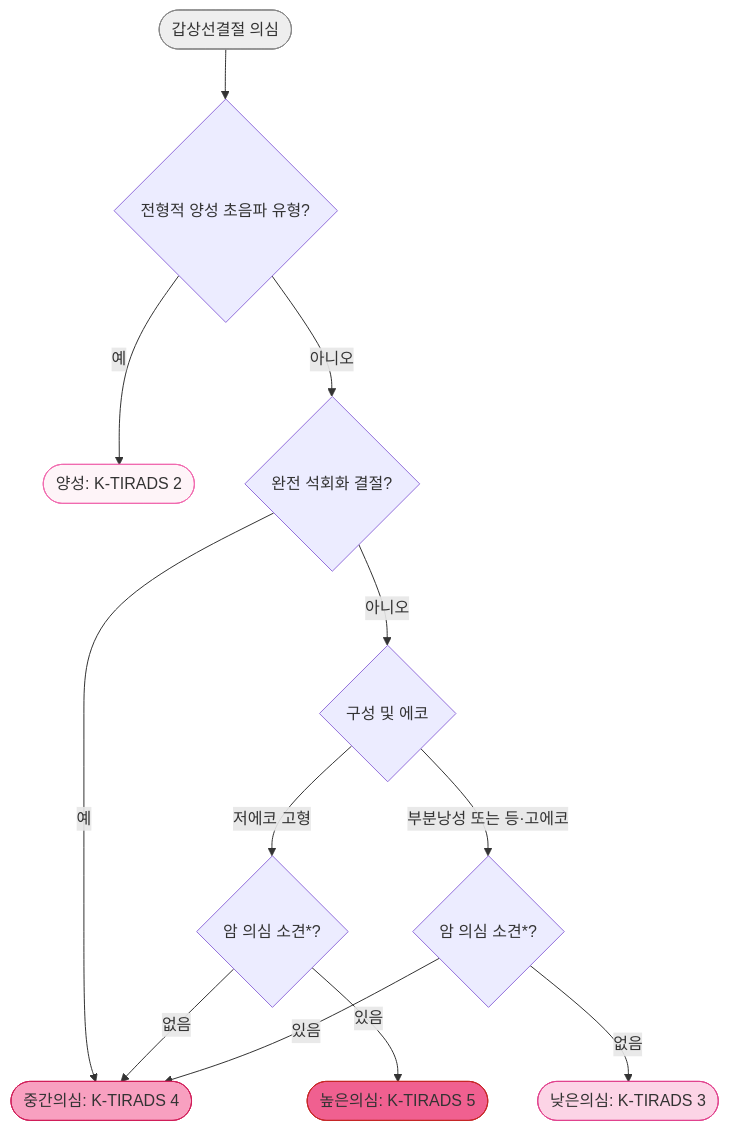
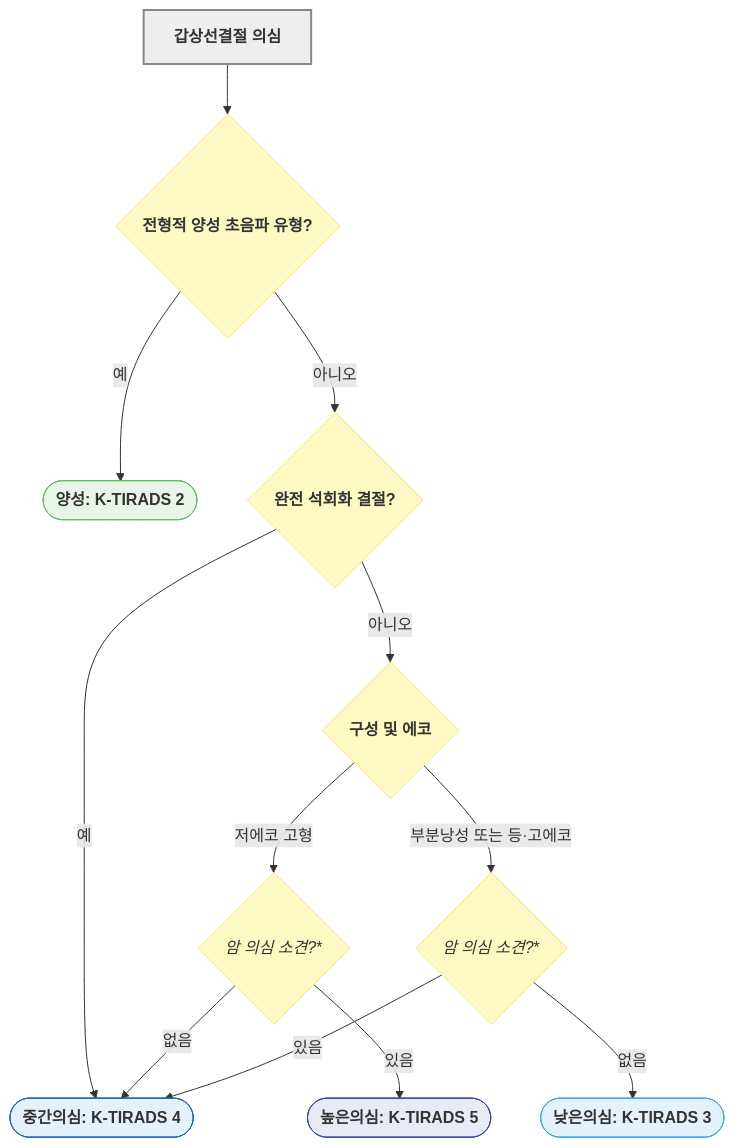
The diagram in 226_/107_-thyroid-nodule.md (familyoh77/familyoh77), drawn with Mermaid before and after one commit. The commit also changed other lines of this file and 9 other files, not shown here.

````diff
--- a/226_/107_-thyroid-nodule.md
+++ b/226_/107_-thyroid-nodule.md
@@ -171,19 +171,21 @@
 ```mermaid
 flowchart TD
-    Root([갑상선결절 의심]) --> B{"전형적 양성 초음파 유형?"}
-    B -- 예 --> R2(["양성: K-TIRADS 2"])
-    B -- 아니오 --> C{"완전 석회화 결절?"}
-    C -- 예 --> R4(["중간의심: K-TIRADS 4"])
-    C -- 아니오 --> P{"구성 및 에코"}
-    P -- 저에코 고형 --> D1{"암 의심 소견*?"}
-    P -- 부분낭성 또는 등·고에코 --> D2{"암 의심 소견*?"}
-    D1 -- 있음 --> R5(["높은의심: K-TIRADS 5"])
+    Root["`**갑상선결절 의심**`"] --> B{"`**전형적 양성 초음파 유형?**`"}
+    B -- 예 --> R2(["`**양성: K-TIRADS 2**`"])
+    B -- 아니오 --> C{"`**완전 석회화 결절?**`"}
+    C -- 예 --> R4(["`**중간의심: K-TIRADS 4**`"])
+    C -- 아니오 --> P{"`**구성 및 에코**`"}
+    P -- 저에코 고형 --> D1{"`**암 의심 소견*?**`"}
+    P -- 부분낭성 또는 등·고에코 --> D2{"`**암 의심 소견*?**`"}
+    D1 -- 있음 --> R5(["`**높은의심: K-TIRADS 5**`"])
     D1 -- 없음 --> R4
     D2 -- 있음 --> R4
-    D2 -- 없음 --> R3(["낮은의심: K-TIRADS 3"])
-    style Root fill:#eeeeee,stroke:#888888
-    style R2 fill:#fef4f8,stroke:#f06baf
-    style R3 fill:#fcd4e6,stroke:#e0448e
-    style R4 fill:#f8a0c0,stroke:#d01f5a
-    style R5 fill:#f06090,stroke:#c62828
+    D2 -- 없음 --> R3(["`**낮은의심: K-TIRADS 3**`"])
+    classDef question fill:#fff9c4,stroke:#ffe082
+    class B,C,P,D1,D2 question
+    style Root fill:#eeeeee,stroke:#888888,stroke-width:2px
+    style R2 fill:#e8f5e9,stroke:#66bb6a
+    style R3 fill:#e3f2fd,stroke:#42a5f5
+    style R4 fill:#e3f2fd,stroke:#1565c0
+    style R5 fill:#e8eaf6,stroke:#3949ab
 ```
````
